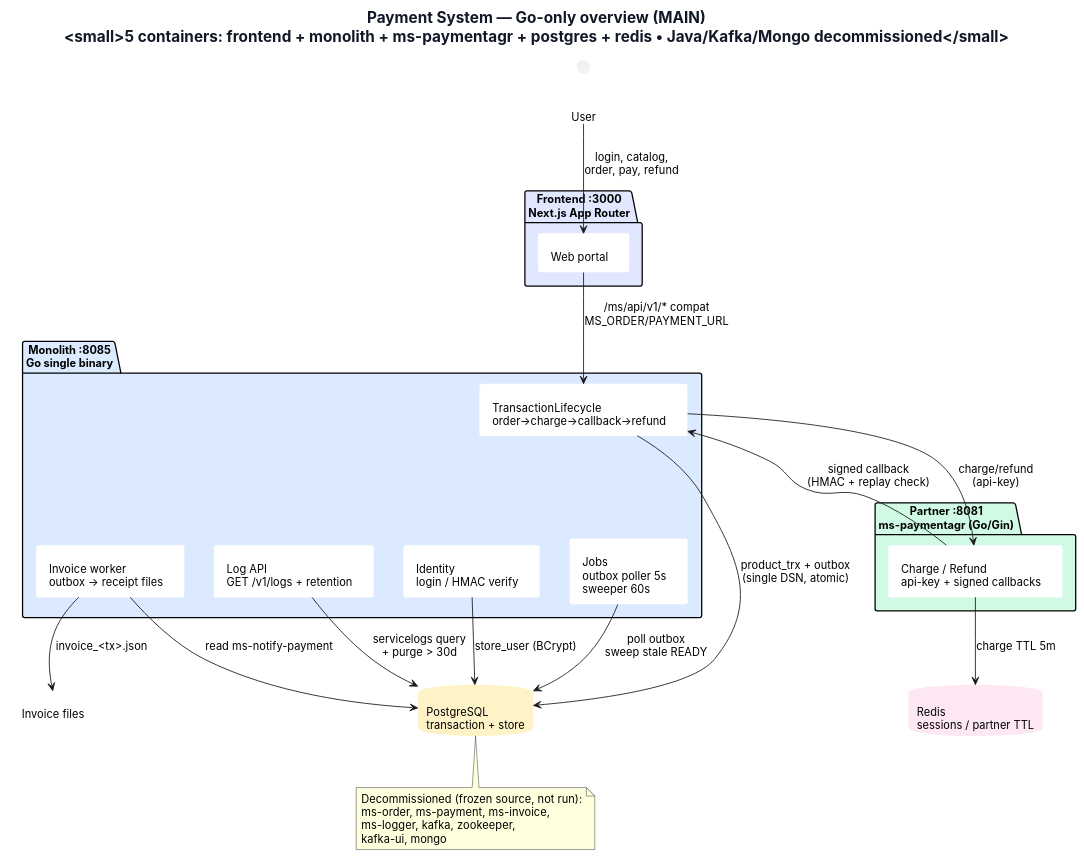
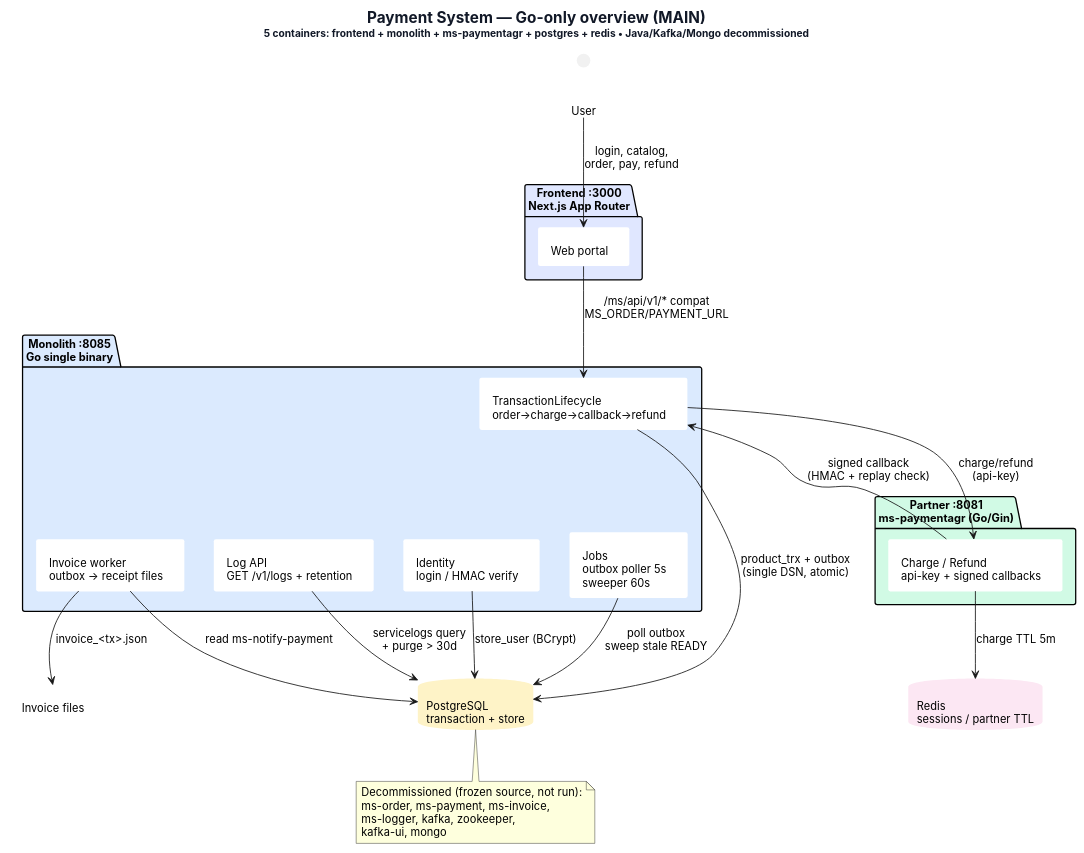
The diagram in assets/system-main.puml (mariobgsp/payment-system), drawn with PlantUML before and after one commit. The commit also changed 5 other files, not shown here.

Commit message:
Docs: rendered architecture diagrams (system-main, sequence-lifecycle, runtime-outbox)

```diff
--- a/assets/system-main.puml
+++ b/assets/system-main.puml
@@ -1,67 +1,67 @@
 @startuml
 ' MAIN system diagram — Go-only payment-system (Phase 6).
 ' White background for docs/printing.
 skinparam backgroundColor #FFFFFF
 skinparam defaultBackgroundColor #FFFFFF
 skinparam Shadowing false
 skinparam defaultFontName Inter
 skinparam defaultFontSize 13
 skinparam component {
   BorderColor #111827
   BackgroundColor #FFFFFF
 }
 skinparam database {
   BorderColor #111827
   BackgroundColor #FFFFFF
 }
 skinparam title {
   FontSize 18
   FontColor #111827
   BorderThickness 0
 }
-title Payment System — Go-only overview (MAIN)\n<small>5 containers: frontend + monolith + ms-paymentagr + postgres + redis • Java/Kafka/Mongo decommissioned</small>
+title Payment System — Go-only overview (MAIN)\n<size:12>5 containers: frontend + monolith + ms-paymentagr + postgres + redis • Java/Kafka/Mongo decommissioned</size>
 
 actor User as U
 
 package "Frontend :3000\nNext.js App Router" #E0E7FF {
   [Web portal] as FE
 }
 
 package "Monolith :8085\nGo single binary" #DBEAFE {
   [TransactionLifecycle\norder→charge→callback→refund] as LC
   [Identity\nlogin / HMAC verify] as ID
   [Invoice worker\noutbox → receipt files] as INV
   [Jobs\noutbox poller 5s\nsweeper 60s] as JOB
   [Log API\nGET /v1/logs + retention] as LOG
   LC -[hidden]d- ID
   LC -[hidden]d- INV
   LC -[hidden]d- JOB
   LC -[hidden]d- LOG
 }
 
 database "PostgreSQL\ntransaction + store" as PG #FEF3C7
 database "Redis\nsessions / partner TTL" as RD #FCE7F3
 
 package "Partner :8081\nms-paymentagr (Go/Gin)" #D1FAE5 {
   [Charge / Refund\napi-key + signed callbacks] as PA
 }
 
 U --> FE : login, catalog,\norder, pay, refund
 FE --> LC : /ms/api/v1/* compat\nMS_ORDER/PAYMENT_URL
 LC --> PG : product_trx + outbox\n(single DSN, atomic)
 ID --> PG : store_user (BCrypt)
 LC --> PA : charge/refund\n(api-key)
 PA --> LC : signed callback\n(HMAC + replay check)
 JOB --> PG : poll outbox\nsweep stale READY
 INV --> PG : read ms-notify-payment
 INV --> [Invoice files] : invoice_<tx>.json
 LOG --> PG : servicelogs query\n+ purge > 30d
 PA --> RD : charge TTL 5m
 
 note bottom of PG
   Decommissioned (frozen source, not run):
   ms-order, ms-payment, ms-invoice,
   ms-logger, kafka, zookeeper,
   kafka-ui, mongo
 end note
 @enduml
```
